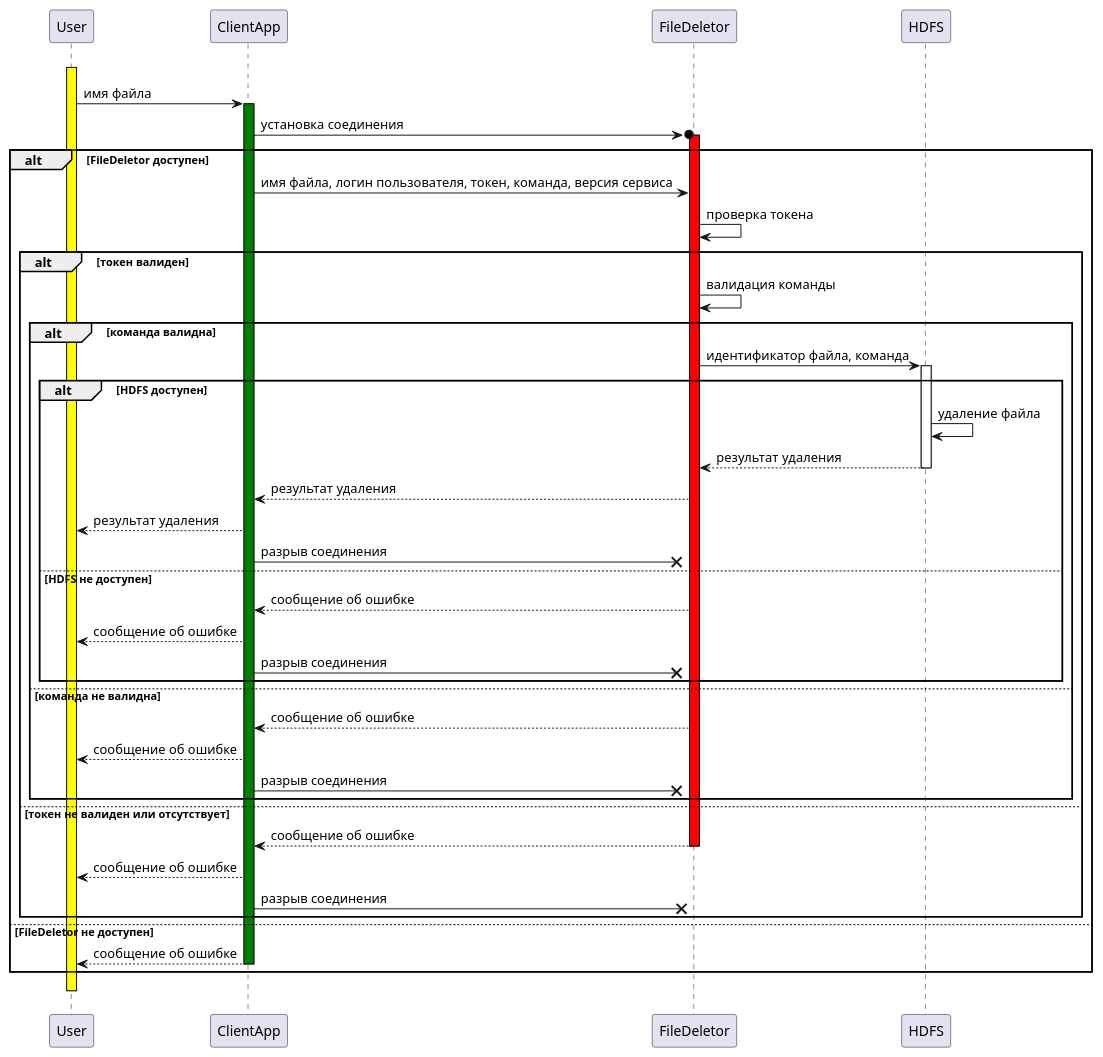
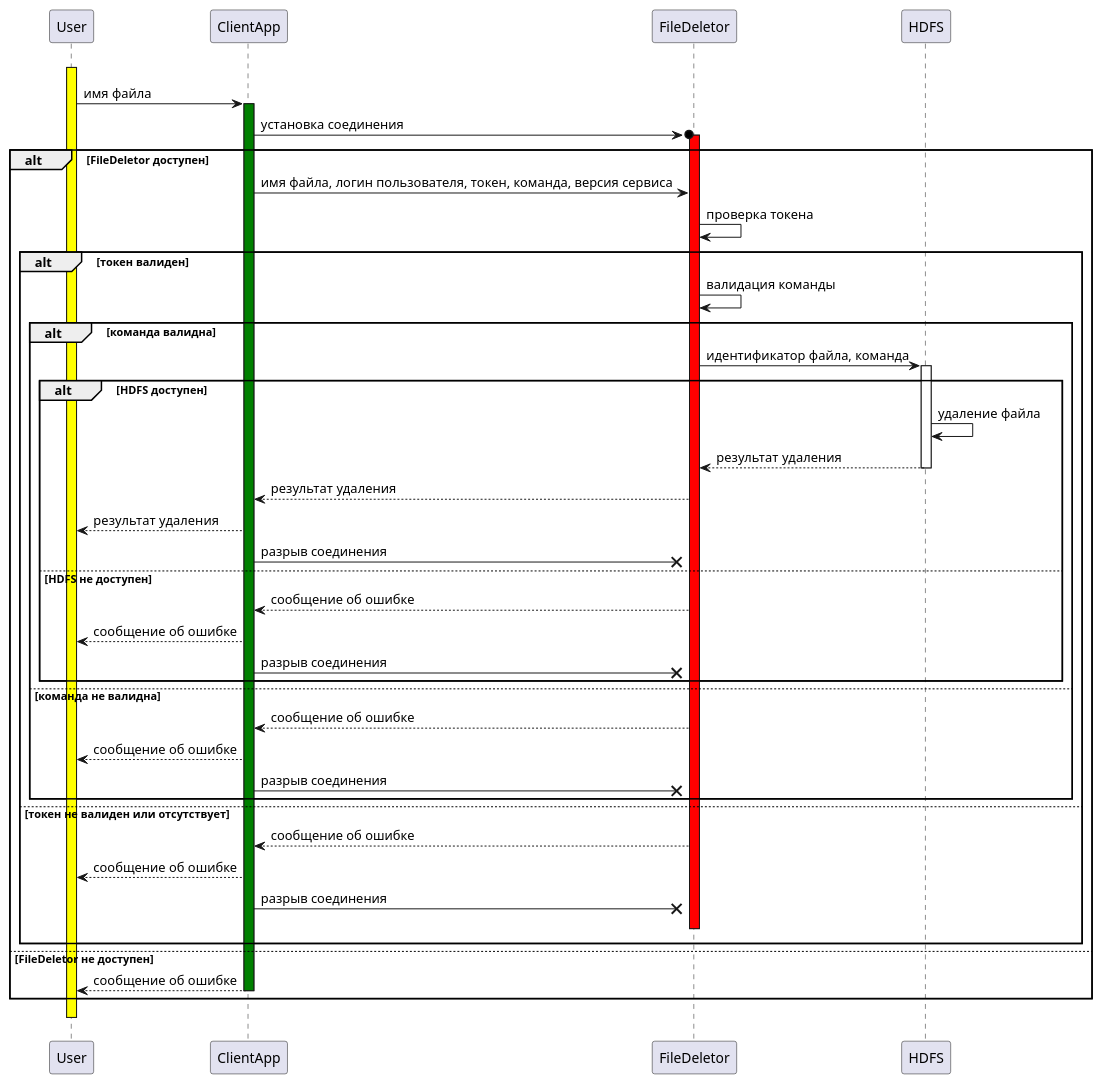
The diagram in docs/uml/sequence diagrams/deleteFileSequenceDiagram.puml (sberdyshev/java-file-handling), drawn with PlantUML before and after one commit. The commit also changed 5 other files, not shown here.

Commit message:
Fixed diagrams

```diff
--- a/docs/uml/sequence diagrams/deleteFileSequenceDiagram.puml
+++ b/docs/uml/sequence diagrams/deleteFileSequenceDiagram.puml
@@ -1,41 +1,42 @@
 @startuml
 
 User -[hidden]-> User ++ #yellow
 User -> ClientApp ++ #green: имя файла
 ClientApp ->o FileDeletor ++ #red: установка соединения
 
 
 alt FileDeletor доступен
   ClientApp -> FileDeletor: имя файла, логин пользователя, токен, команда, версия сервиса
   FileDeletor -> FileDeletor: проверка токена
     alt токен валиден
       FileDeletor -> FileDeletor: валидация команды
       alt команда валидна
         FileDeletor -> HDFS ++ #white: идентификатор файла, команда
         alt HDFS доступен
           HDFS -> HDFS: удаление файла
           HDFS --> FileDeletor  -- #white: результат удаления
           FileDeletor --> ClientApp: результат удаления
           ClientApp --> User: результат удаления
           ClientApp ->x FileDeletor: разрыв соединения
         else HDFS не доступен
           FileDeletor --> ClientApp: сообщение об ошибке
           ClientApp --> User: сообщение об ошибке
           ClientApp ->x FileDeletor: разрыв соединения
         end
         else команда не валидна
           FileDeletor --> ClientApp: сообщение об ошибке
           ClientApp --> User: сообщение об ошибке
           ClientApp ->x FileDeletor: разрыв соединения
         end
     else токен не валиден или отсутствует
-      FileDeletor --> ClientApp -- #red: сообщение об ошибке
+      FileDeletor --> ClientApp: сообщение об ошибке
       ClientApp --> User: сообщение об ошибке
       ClientApp ->x FileDeletor: разрыв соединения
+      FileDeletor -[hidden]-> FileDeletor -- #red
     end
 else FileDeletor не доступен
     ClientApp --> User -- #green: сообщение об ошибке
 end
 User -[hidden]-> User -- #yellow
 
 @enduml
```
